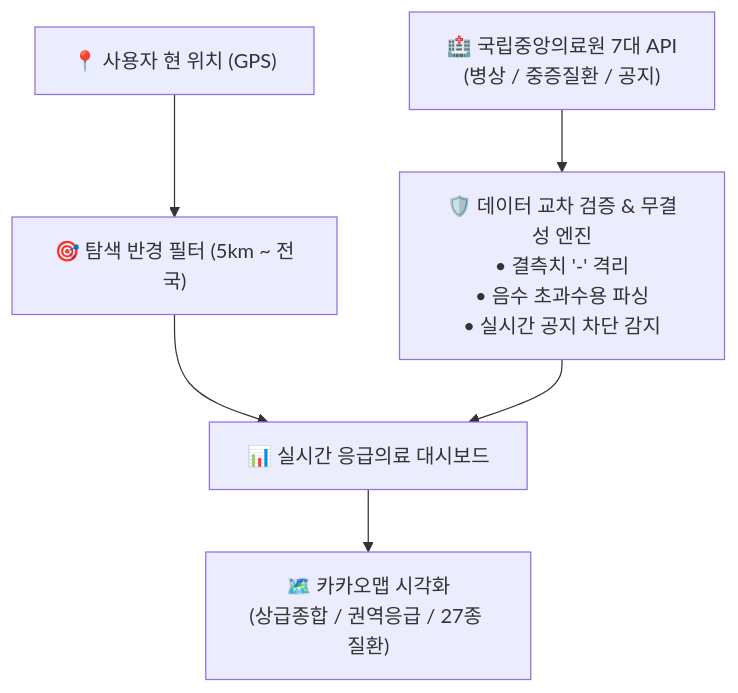
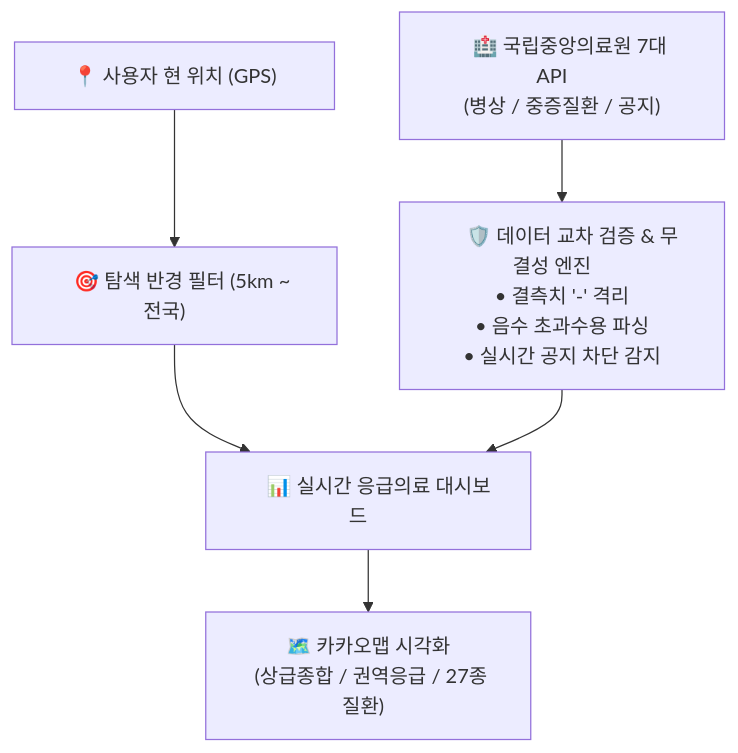
The first of 3 diagrams in README.md (rockybearking/yonsei119), drawn with Mermaid before and after one commit. The commit also changed other lines of this file, not shown here.

````diff
--- a/README.md
+++ b/README.md
@@ -58,8 +58,8 @@
 ```mermaid
 flowchart TD
-    GPS["📍 사용자 현 위치 (GPS)"] --> Radius["🎯 탐색 반경 필터 (5km ~ 전국)"]
-    OpenAPI["🏥 국립중앙의료원 7대 API<br>(병상 / 중증질환 / 공지)"] --> Engine["🛡️ 데이터 교차 검증 & 무결성 엔진<br>• 결측치 '-' 격리<br>• 음수 초과수용 파싱<br>• 실시간 공지 차단 감지"]
-    Radius --> Dashboard["📊 실시간 응급의료 대시보드"]
+    GPS["&nbsp;&nbsp;&nbsp;&nbsp;📍 사용자 현 위치 (GPS)&nbsp;&nbsp;&nbsp;&nbsp;"] --> Radius["&nbsp;&nbsp;&nbsp;&nbsp;🎯 탐색 반경 필터 (5km ~ 전국)&nbsp;&nbsp;&nbsp;&nbsp;"]
+    OpenAPI["&nbsp;&nbsp;&nbsp;&nbsp;🏥 국립중앙의료원 7대 API&nbsp;&nbsp;&nbsp;&nbsp;<br>(병상 / 중증질환 / 공지)"] --> Engine["&nbsp;&nbsp;&nbsp;&nbsp;🛡️ 데이터 교차 검증 & 무결성 엔진&nbsp;&nbsp;&nbsp;&nbsp;<br>• 결측치 '-' 격리<br>• 음수 초과수용 파싱<br>• 실시간 공지 차단 감지"]
+    Radius --> Dashboard["&nbsp;&nbsp;&nbsp;&nbsp;📊 실시간 응급의료 대시보드&nbsp;&nbsp;&nbsp;&nbsp;"]
     Engine --> Dashboard
-    Dashboard --> Kakao["🗺️ 카카오맵 시각화<br>(상급종합 / 권역응급 / 27종 질환)"]
+    Dashboard --> Kakao["&nbsp;&nbsp;&nbsp;&nbsp;🗺️ 카카오맵 시각화&nbsp;&nbsp;&nbsp;&nbsp;<br>&nbsp;&nbsp;(상급종합 / 권역응급 / 27종 질환)&nbsp;&nbsp;"]
 ```
````
